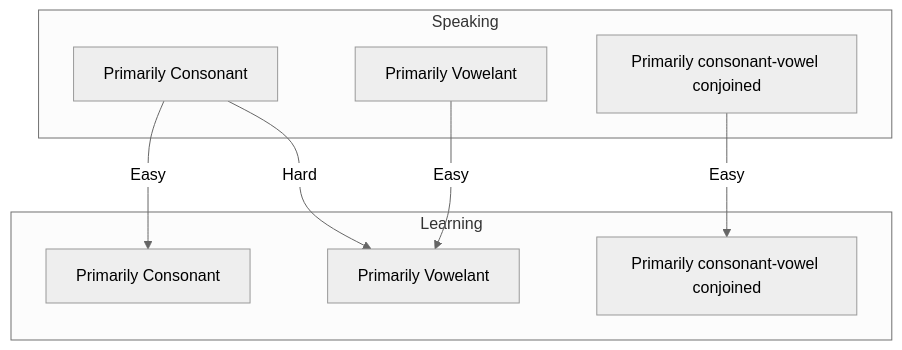
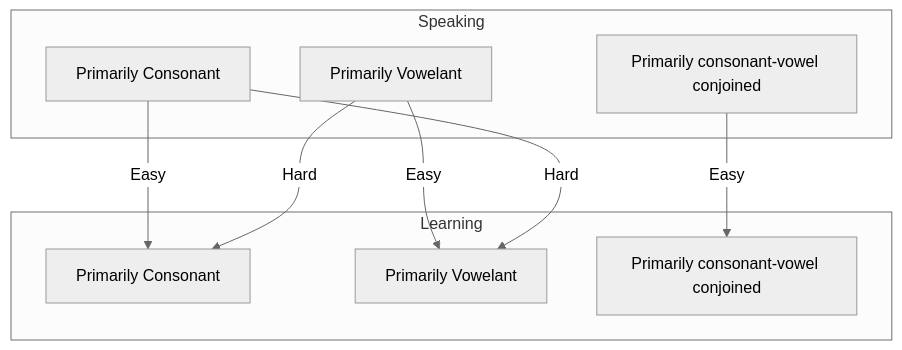
One commit to bendqh1/mermaid changed the diagram in general_communication_languages_categorization_for_learning.md. Above: the diagram before and after it, drawn with Mermaid (neutral theme).

````diff
--- a/general_communication_languages_categorization_for_learning.md
+++ b/general_communication_languages_categorization_for_learning.md
@@ -11,21 +11,22 @@
 ```mermaid
 flowchart TD
 
   subgraph A [Speaking]
     A1[Primarily Consonant]
     A2[Primarily Vowelant]
     A3[Primarily consonant-vowel conjoined]
   end
 
   subgraph B [Learning]
     B1[Primarily Consonant]
     B2[Primarily Vowelant]
     B3[Primarily consonant-vowel conjoined]
   end
 
   A1 --> |Easy| B1
   A2 --> |Easy| B2
   A3 --> |Easy| B3
 
   A1 --> |Hard| B2
+  A2 --> |Hard| B1
 ```
````
